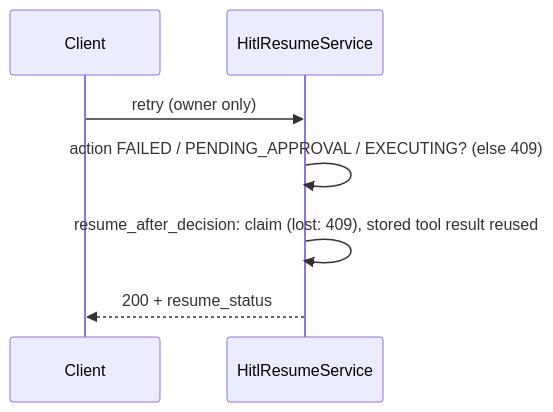
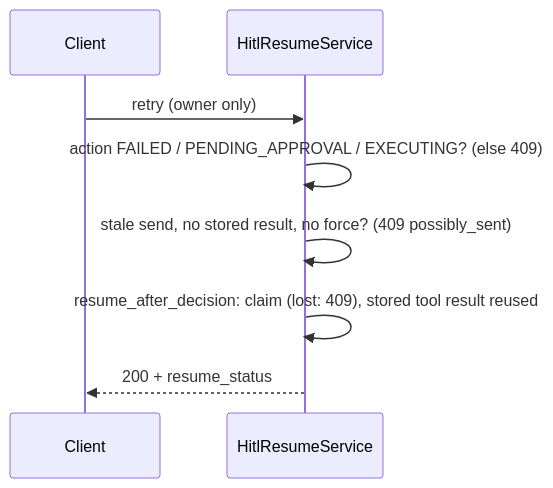
Before and after one commit to bharatkse/juris-ai: the fifth of 5 diagrams in server/src/agentic/README.md, drawn with Mermaid. The commit also changed other lines of this file, not shown here.

Commit message:
docs(agentic): document confirmed retries of stale sends

````diff
--- a/server/src/agentic/README.md
+++ b/server/src/agentic/README.md
@@ -350,9 +354,10 @@
 ```mermaid
 sequenceDiagram
     participant C as Client
     participant HR as HitlResumeService
     C->>HR: retry (owner only)
     HR->>HR: action FAILED / PENDING_APPROVAL / EXECUTING? (else 409)
+    HR->>HR: stale send, no stored result, no force? (409 possibly_sent)
     HR->>HR: resume_after_decision: claim (lost: 409), stored tool result reused
     HR-->>C: 200 + resume_status
 ```
````
